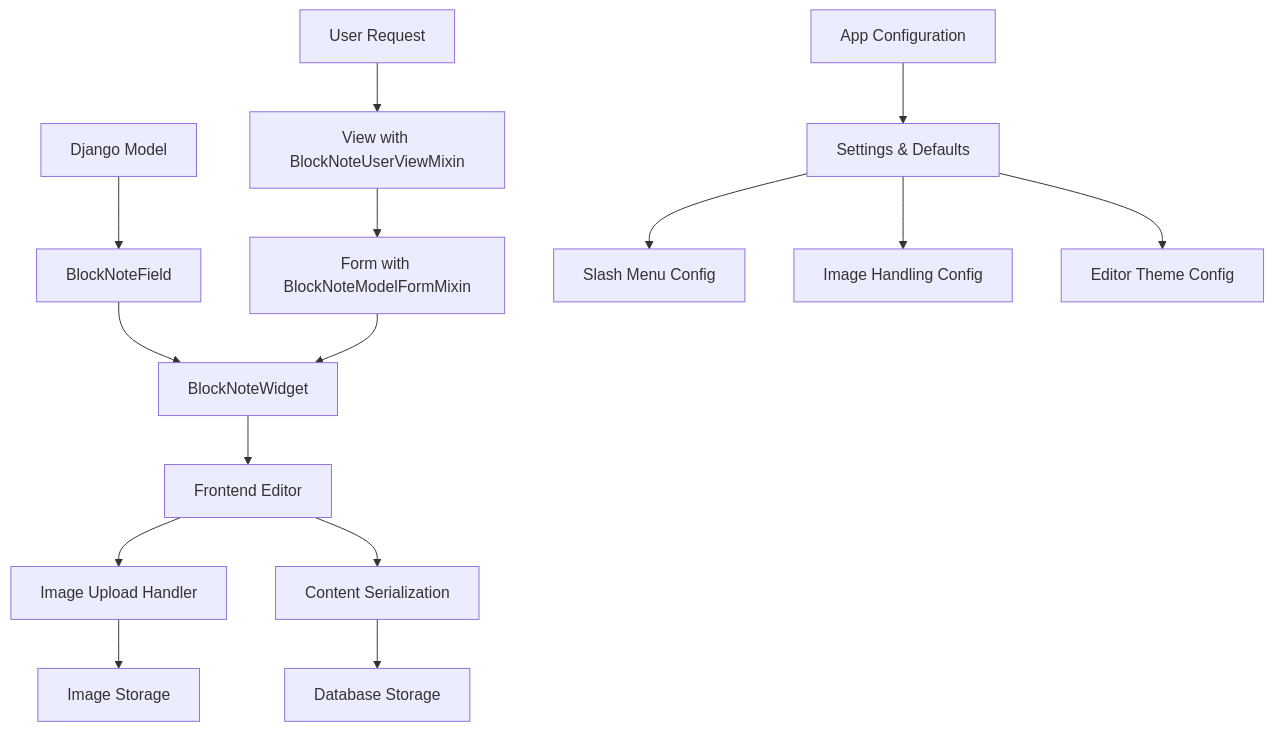
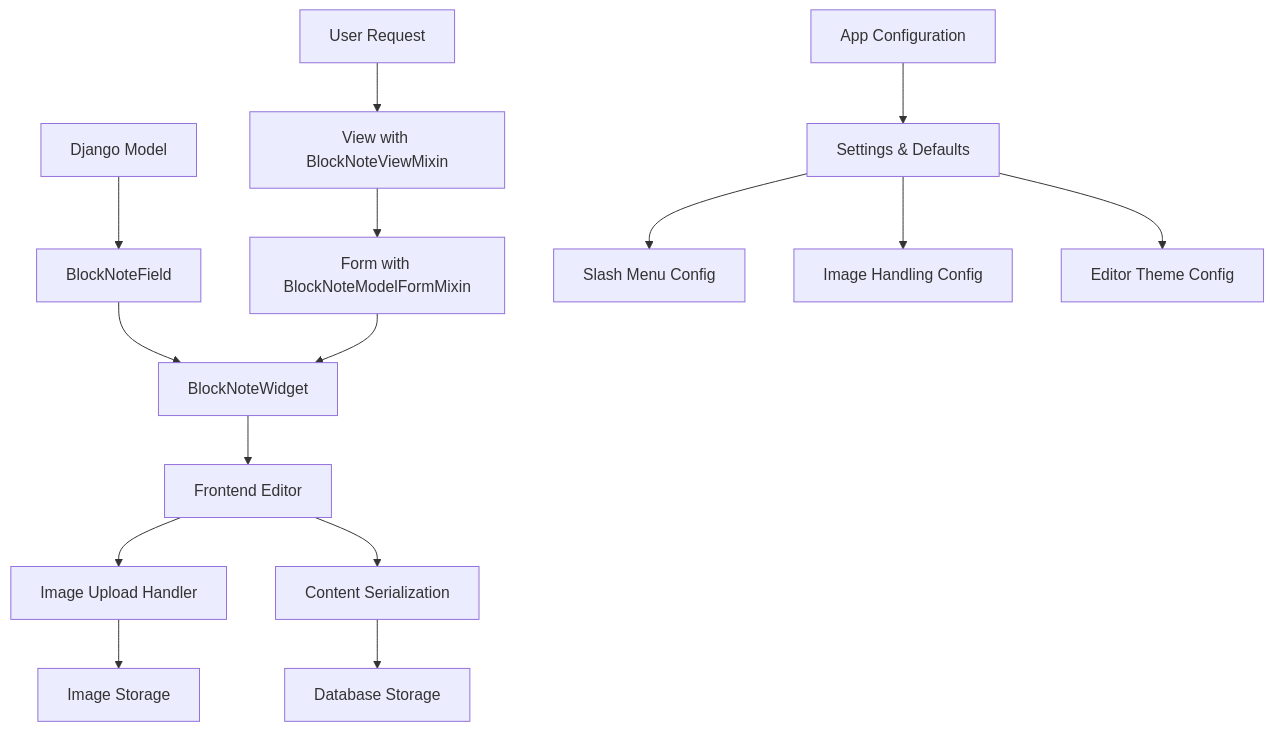
The first of 2 diagrams in docs/source/how-to-guides/quickstart.md (Dunwright-dev/django-blocknote), drawn with Mermaid before and after one commit. The commit also changed other lines of this file and 3 other files, not shown here.

````diff
--- a/docs/source/how-to-guides/quickstart.md
+++ b/docs/source/how-to-guides/quickstart.md
@@ -186,20 +186,20 @@
 ```{mermaid}
 graph TD
     A[Django Model] --> B[BlockNoteField]
     B --> C[BlockNoteWidget]
     C --> D[Frontend Editor]
     
-    E[User Request] --> F[View with BlockNoteUserViewMixin]
+    E[User Request] --> F[View with BlockNoteViewMixin]
     F --> G[Form with BlockNoteModelFormMixin]
     G --> C
     
     D --> H[Image Upload Handler]
     D --> I[Content Serialization]
     H --> J[Image Storage]
     I --> K[Database Storage]
     
     L[App Configuration] --> M[Settings & Defaults]
     M --> N[Slash Menu Config]
     M --> O[Image Handling Config]
     M --> P[Editor Theme Config]
 ```
````
